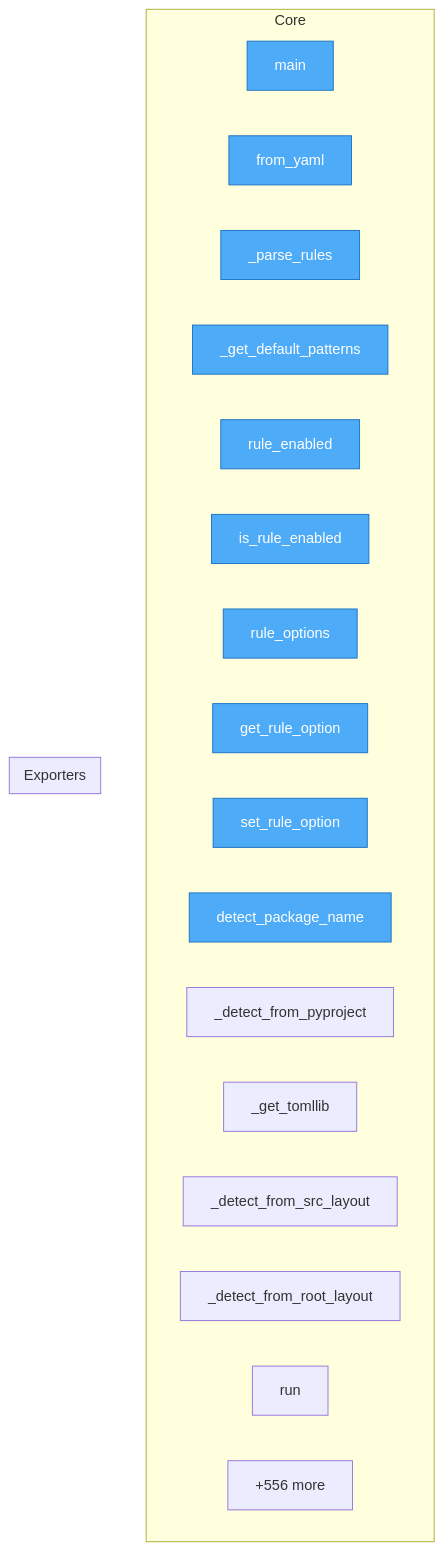
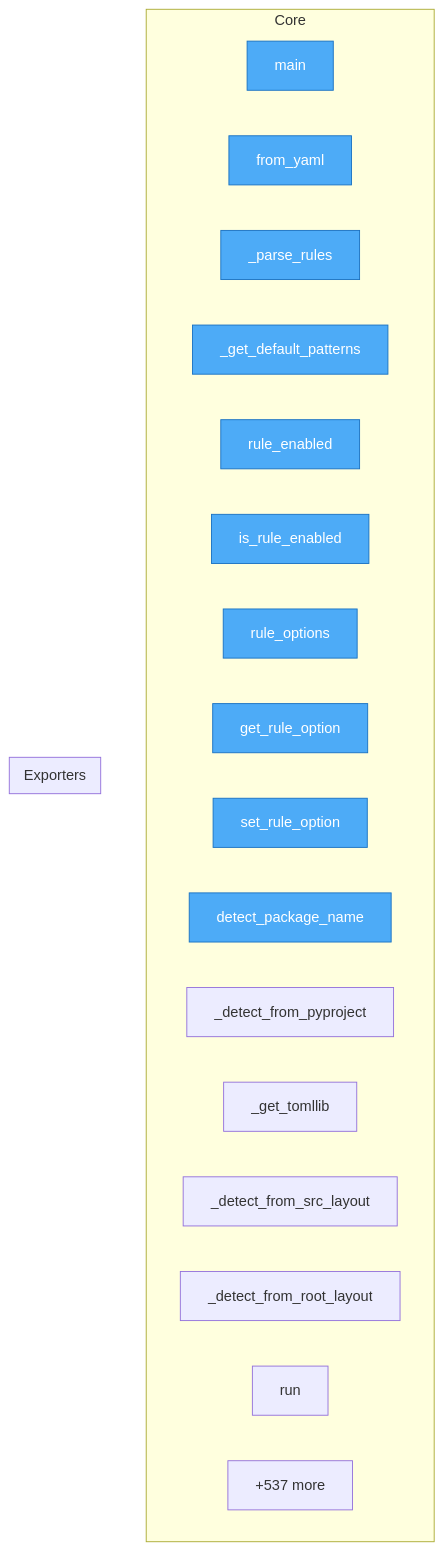
The diagram in project/flow.mmd (semcod/prefact), drawn with Mermaid before and after one commit. The commit also changed 25 other files, not shown here.

```diff
--- a/project/flow.mmd
+++ b/project/flow.mmd
@@ -1,29 +1,29 @@
 flowchart TD
-%% generated in 0.01s
+%% generated in 0.02s
 
     %% Entry points (blue)
     classDef entry fill:#4dabf7,stroke:#1971c2,color:#fff
 
     subgraph Core
         benchmark_ram_optimization__main["main"]
         src__prefact__config__Config__from_yaml["from_yaml"]
         src__prefact__config__Config___parse_rules["_parse_rules"]
         src__prefact__config__Config___get_default_patterns["_get_default_patterns"]
         src__prefact__config__Config__rule_enabled["rule_enabled"]
         src__prefact__config__Config__is_rule_enabled["is_rule_enabled"]
         src__prefact__config__Config__rule_options["rule_options"]
         src__prefact__config__Config__get_rule_option["get_rule_option"]
         src__prefact__config__Config__set_rule_option["set_rule_option"]
         src__prefact__config__Config__detect_package_name["detect_package_name"]
         src__prefact__config__Config___detect_from_pyproject["_detect_from_pyproject"]
         src__prefact__config__Config___get_tomllib["_get_tomllib"]
         src__prefact__config__Config___detect_from_src_layout["_detect_from_src_layout"]
         src__prefact__config__Config___detect_from_root_layout["_detect_from_root_layout"]
         src__prefact__engine__RefactoringEngine__run["run"]
-        ...["+556 more"]
+        ...["+537 more"]
     end
 
     subgraph Exporters
     end
 
     class benchmark_ram_optimization__main,src__prefact__config__Config__from_yaml,src__prefact__config__Config___parse_rules,src__prefact__config__Config___get_default_patterns,src__prefact__config__Config__rule_enabled,src__prefact__config__Config__is_rule_enabled,src__prefact__config__Config__rule_options,src__prefact__config__Config__get_rule_option,src__prefact__config__Config__set_rule_option,src__prefact__config__Config__detect_package_name entry
```
